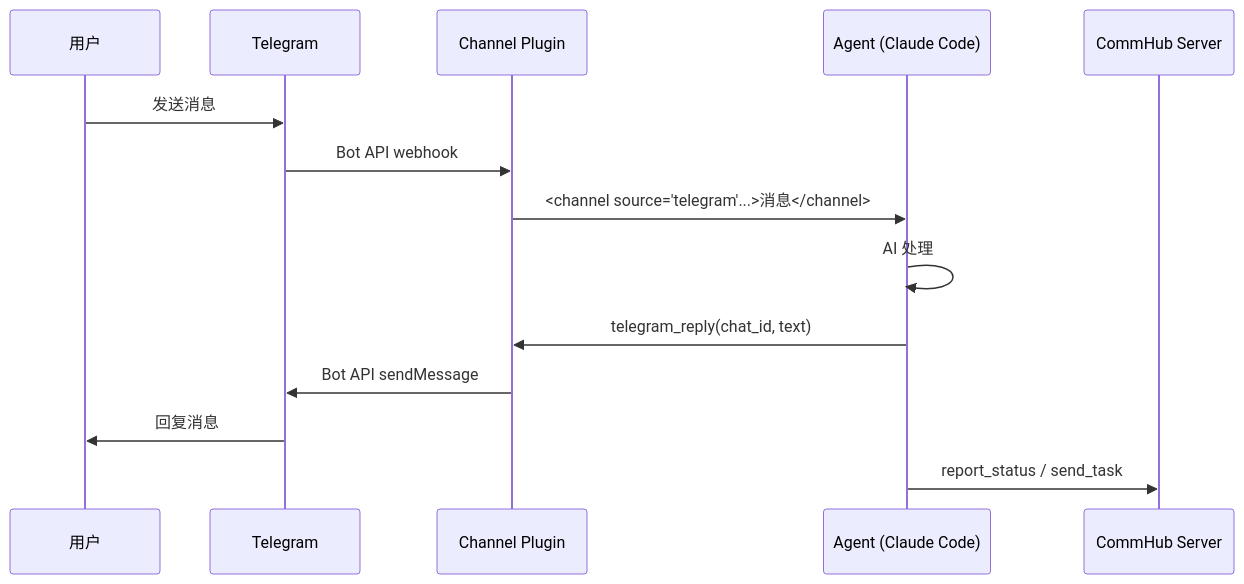
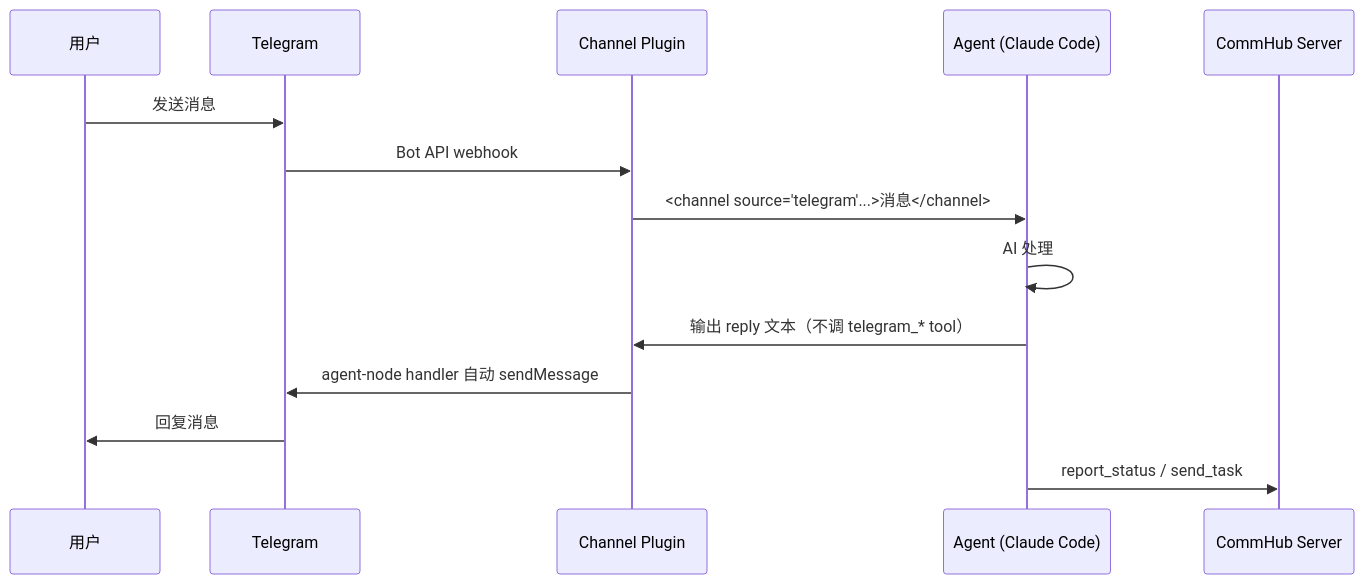
One commit to sleep2agi/agent-network changed the first of 2 diagrams in docs-site/docs/guide/channels.md. Above: the diagram before and after it, drawn with Mermaid. The commit also changed other lines of this file and 1 other file, not shown here.

Commit message:
docs(round-507 / issue-10): channels.md 修「工作原理」mermaid 的 fictional telegram_reply tool + cli.ts ref resync — 图里 A->>CH: telegram_reply() 跟同文件 R258 校准（telegram_* tool 不存在）自相矛盾，改为「输出 reply 文本」；channelCommand 2745→2844 / flags 2762-2763→2861-2862 / telegramSend 986→925（ZH+EN）

````diff
--- a/docs-site/docs/guide/channels.md
+++ b/docs-site/docs/guide/channels.md
@@ -9,17 +9,17 @@
 ```mermaid
 sequenceDiagram
     participant U as 用户
     participant TG as Telegram
     participant CH as Channel Plugin
     participant A as Agent (Claude Code)
     participant S as CommHub Server
 
     U->>TG: 发送消息
     TG->>CH: Bot API webhook
     CH->>A: <channel source="telegram"...>消息</channel>
     A->>A: AI 处理
-    A->>CH: telegram_reply(chat_id, text)
-    CH->>TG: Bot API sendMessage
+    A->>CH: 输出 reply 文本（不调 telegram_* tool）
+    CH->>TG: agent-node handler 自动 sendMessage
     TG->>U: 回复消息
     A->>S: report_status / send_task
 ```
````
